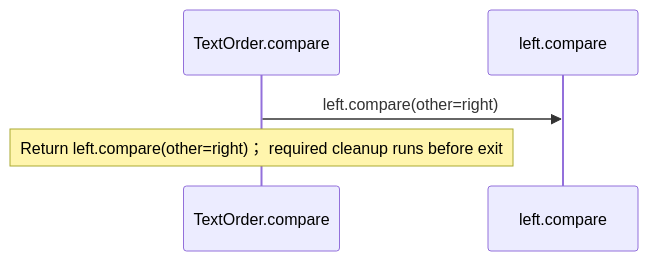
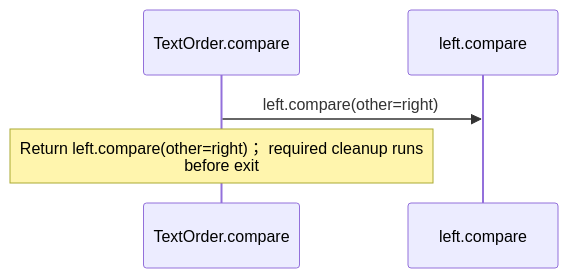
Before and after one commit to GreenPandaStudios/augscript: the tenth of 12 diagrams in src/stdlib/collections/operations.aug.diagrams.md, drawn with Mermaid. The commit also changed other lines of this file and 200 other files, not shown here.

Commit message:
Group imported operations and wrap readable sequence messages

````diff
--- a/src/stdlib/collections/operations.aug.diagrams.md
+++ b/src/stdlib/collections/operations.aug.diagrams.md
@@ -331,7 +329,7 @@
 ```mermaid
 sequenceDiagram
     participant p0 as TextOrder.compare
     participant p1 as left.compare
     p0->>p1: left.compare(other=right)
-    Note over p0: Return left.compare(other=right)； required cleanup runs before exit
+    Note over p0: Return left.compare(other=right)； required cleanup runs<br/>before exit
 ```
````
